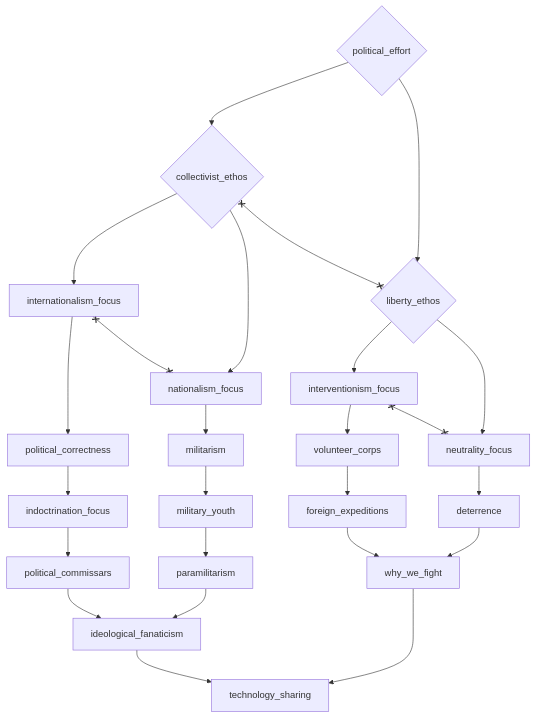
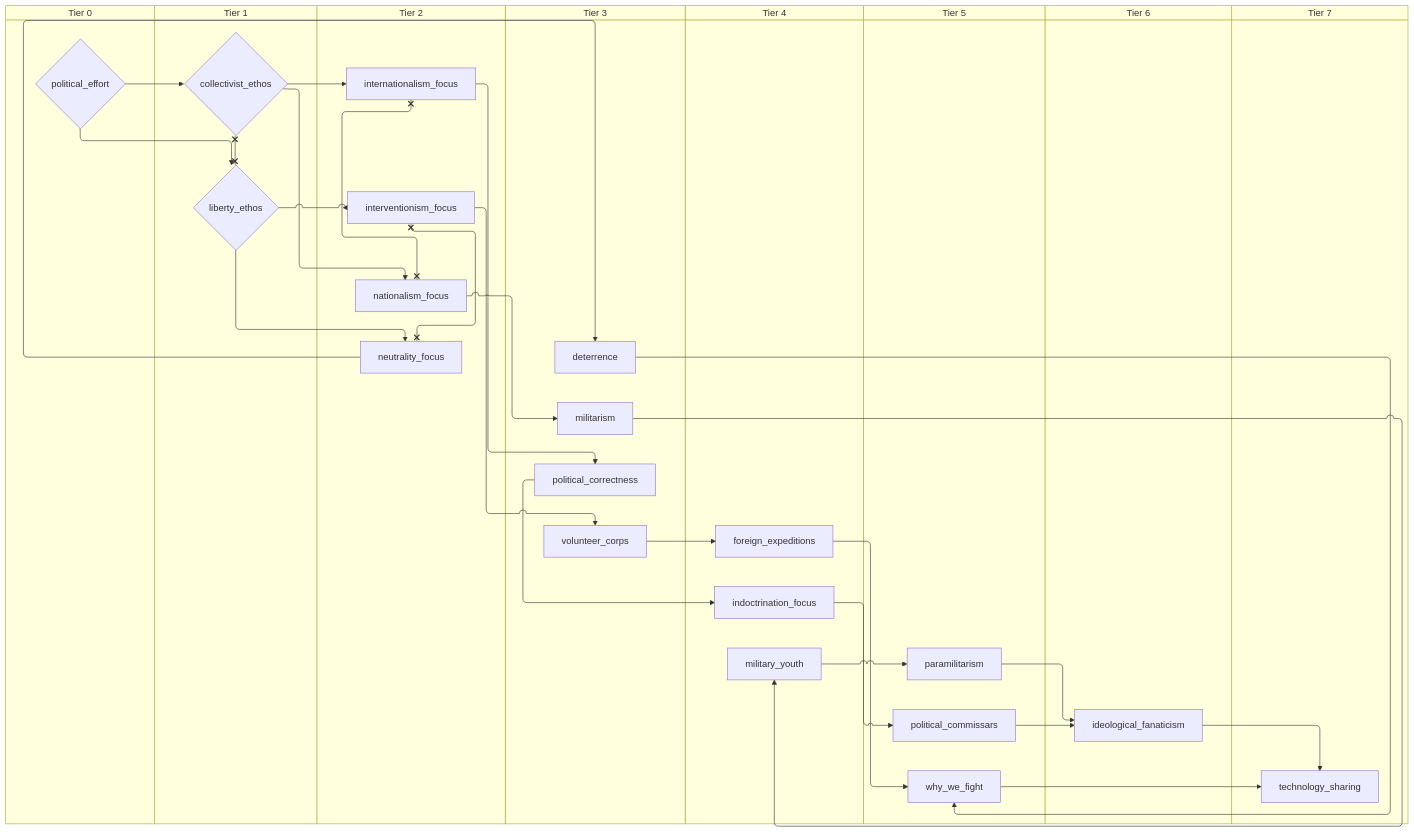
One commit to evgeny-sobol/hoi4-sandbox-mode changed the fifth of 5 diagrams in docs/gdd/National Focuses/generic.md. Above: the diagram before and after it, drawn with Mermaid. The commit also changed other lines of this file and 80 other files, not shown here.

First line of the commit message:
Add swimlane mode to focus graph exporter

````diff
--- a/docs/gdd/National Focuses/generic.md
+++ b/docs/gdd/National Focuses/generic.md
@@ -122,46 +162,62 @@
 ```mermaid
-flowchart TD
-    n38{"collectivist_ethos"}
-    n39["deterrence"]
-    n40["foreign_expeditions"]
-    n41["ideological_fanaticism"]
-    n42["indoctrination_focus"]
-    n43["internationalism_focus"]
-    n44["interventionism_focus"]
-    n45{"liberty_ethos"}
-    n46["militarism"]
-    n47["military_youth"]
-    n48["nationalism_focus"]
-    n49["neutrality_focus"]
-    n50["paramilitarism"]
-    n51["political_commissars"]
-    n52["political_correctness"]
-    n53{"political_effort"}
-    n54["technology_sharing"]
-    n55["volunteer_corps"]
-    n56["why_we_fight"]
-    n53 --> n38
-    n49 --> n39
-    n55 --> n40
-    n50 --> n41
-    n51 --> n41
-    n52 --> n42
-    n38 --> n43
-    n45 --> n44
-    n53 --> n45
-    n48 --> n46
-    n46 --> n47
-    n38 --> n48
-    n45 --> n49
+swimlane-beta TD
+    subgraph tier_0["Tier 0"]
+        n38{"political_effort"}
+    end
+    subgraph tier_1["Tier 1"]
+        n39{"collectivist_ethos"}
+        n40{"liberty_ethos"}
+    end
+    subgraph tier_2["Tier 2"]
+        n41["internationalism_focus"]
+        n42["interventionism_focus"]
+        n43["nationalism_focus"]
+        n44["neutrality_focus"]
+    end
+    subgraph tier_3["Tier 3"]
+        n45["deterrence"]
+        n46["militarism"]
+        n47["political_correctness"]
+        n48["volunteer_corps"]
+    end
+    subgraph tier_4["Tier 4"]
+        n49["foreign_expeditions"]
+        n50["indoctrination_focus"]
+        n51["military_youth"]
+    end
+    subgraph tier_5["Tier 5"]
+        n52["paramilitarism"]
+        n53["political_commissars"]
+        n54["why_we_fight"]
+    end
+    subgraph tier_6["Tier 6"]
+        n55["ideological_fanaticism"]
+    end
+    subgraph tier_7["Tier 7"]
+        n56["technology_sharing"]
+    end
+    n38 --> n39
+    n44 --> n45
+    n48 --> n49
+    n52 --> n55
+    n53 --> n55
     n47 --> n50
-    n42 --> n51
-    n43 --> n52
-    n41 --> n54
-    n56 --> n54
-    n44 --> n55
-    n40 --> n56
-    n39 --> n56
-    n38 x--x n45
-    n43 x--x n48
-    n44 x--x n49
+    n39 --> n41
+    n40 --> n42
+    n38 --> n40
+    n43 --> n46
+    n46 --> n51
+    n39 --> n43
+    n40 --> n44
+    n51 --> n52
+    n50 --> n53
+    n41 --> n47
+    n55 --> n56
+    n54 --> n56
+    n42 --> n48
+    n49 --> n54
+    n45 --> n54
+    n39 x--x n40
+    n41 x--x n43
+    n42 x--x n44
 ```
````
